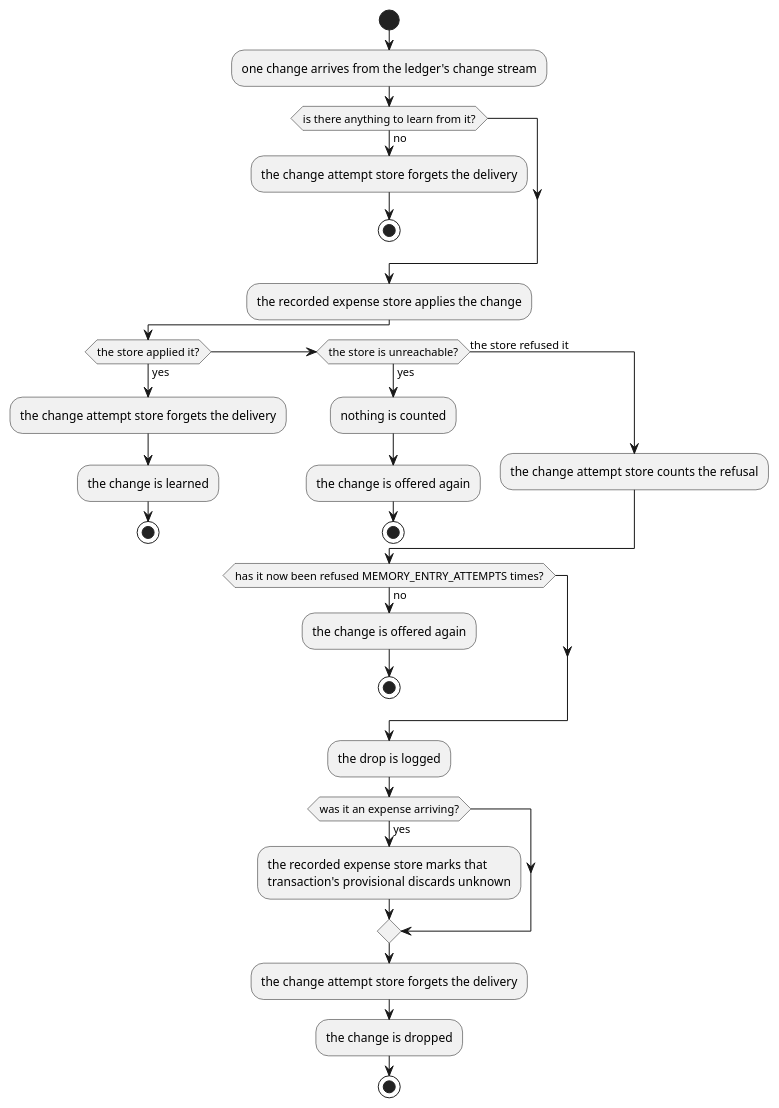
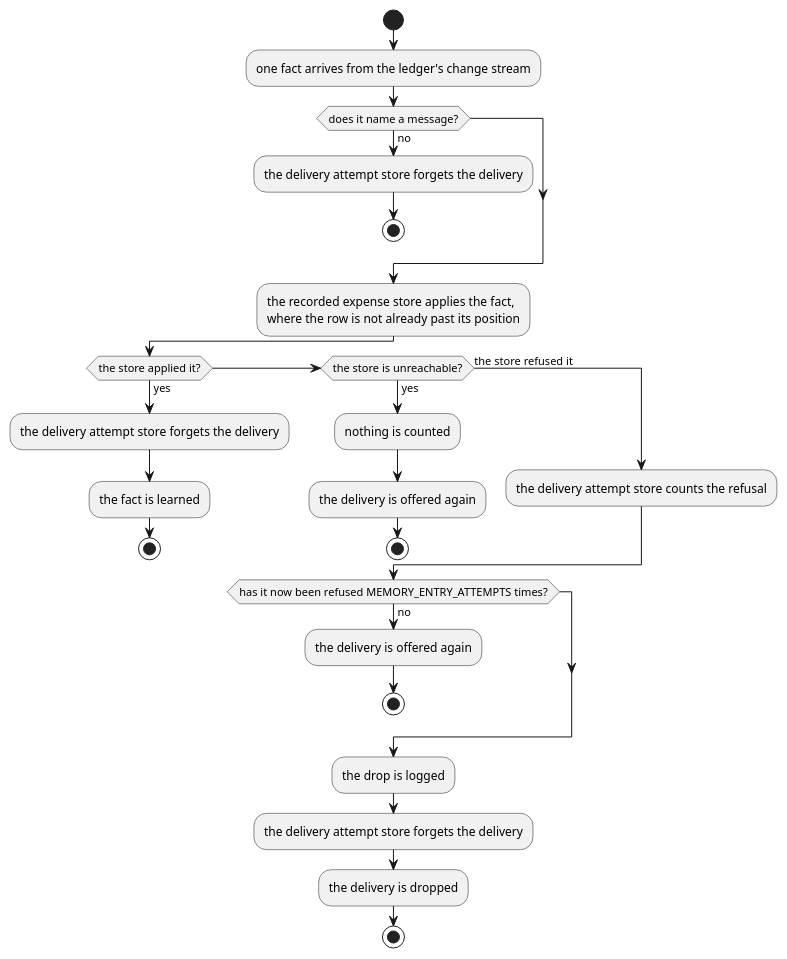
Before and after one commit to ds-usova/finance-bot: the diagram in ai-connector-service/docs/usecases/learn-message-outcome.md, drawn with PlantUML. The commit also changed other lines of this file and 15 other files, not shown here.

Commit message:
Documentation: the connector's facts, its store and the pages the change invalidated

````diff
--- a/ai-connector-service/docs/usecases/learn-message-outcome.md
+++ b/ai-connector-service/docs/usecases/learn-message-outcome.md
@@ -96,39 +49,36 @@
 ```plantuml
 @startuml LearnMessageOutcome-Activity
 start
-:one change arrives from the ledger's change stream;
+:one fact arrives from the ledger's change stream;
 
-if (is there anything to learn from it?) then (no)
-  :the change attempt store forgets the delivery;
+if (does it name a message?) then (no)
+  :the delivery attempt store forgets the delivery;
   stop
 endif
 
-:the recorded expense store applies the change;
+:the recorded expense store applies the fact,
+where the row is not already past its position;
 
 if (the store applied it?) then (yes)
-  :the change attempt store forgets the delivery;
-  :the change is learned;
+  :the delivery attempt store forgets the delivery;
+  :the fact is learned;
   stop
 elseif (the store is unreachable?) then (yes)
   :nothing is counted;
-  :the change is offered again;
+  :the delivery is offered again;
   stop
 else (the store refused it)
-  :the change attempt store counts the refusal;
+  :the delivery attempt store counts the refusal;
 endif
 
 if (has it now been refused MEMORY_ENTRY_ATTEMPTS times?) then (no)
-  :the change is offered again;
+  :the delivery is offered again;
   stop
 endif
 
 :the drop is logged;
-if (was it an expense arriving?) then (yes)
-  :the recorded expense store marks that
-transaction's provisional discards unknown;
-endif
-:the change attempt store forgets the delivery;
-:the change is dropped;
+:the delivery attempt store forgets the delivery;
+:the delivery is dropped;
 stop
 @enduml
 ```
````
